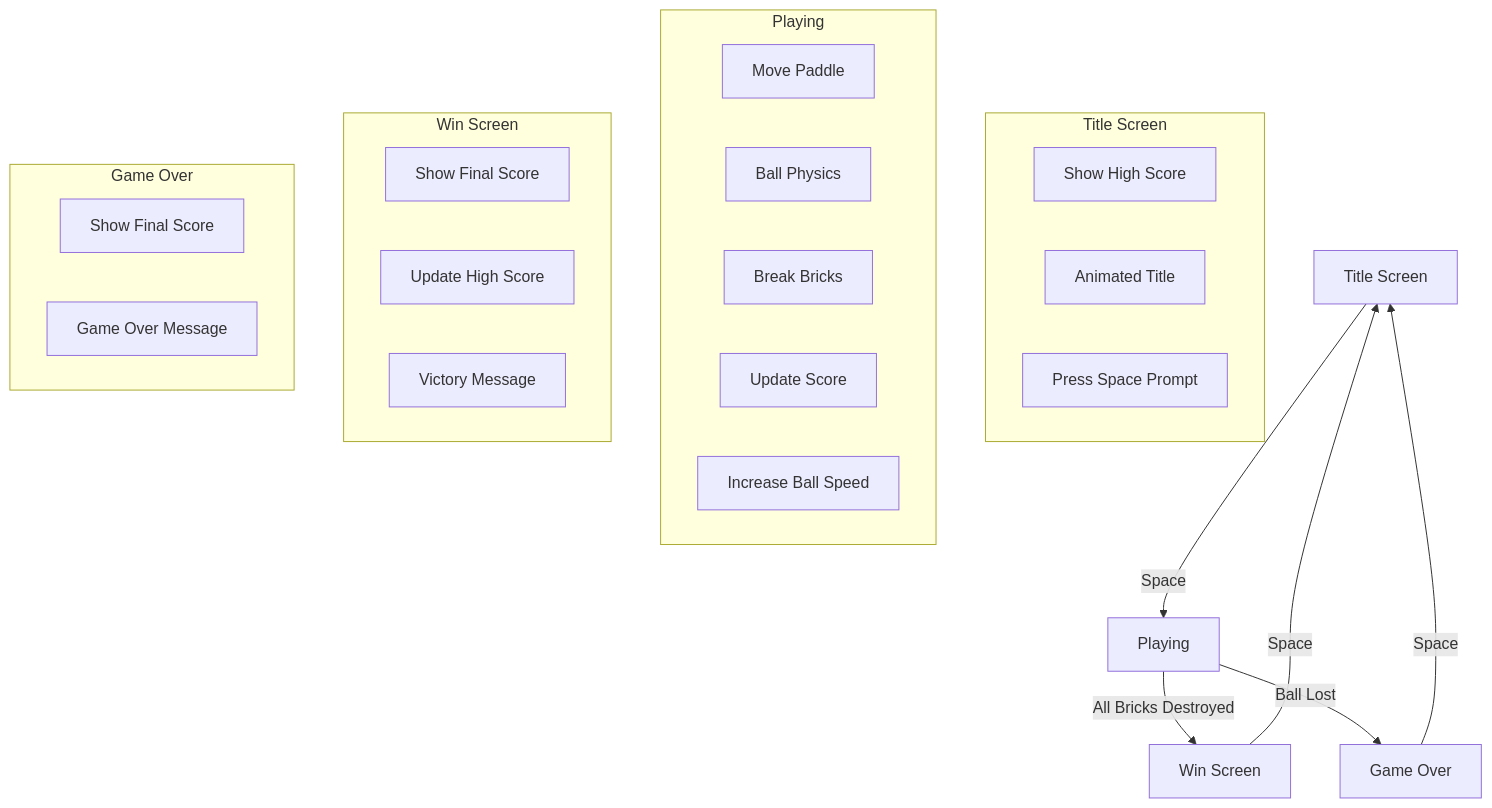
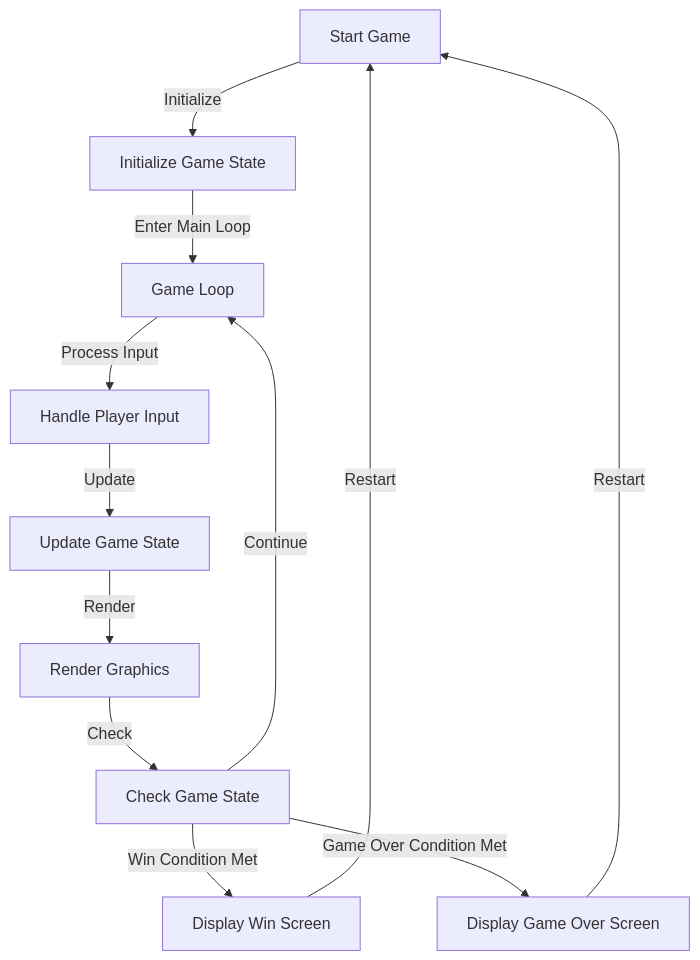
One commit to Prince-Patel84/asm_c_cpp changed the diagram in cpp/README.md. Above: the diagram before and after it, drawn with Mermaid.

Commit message:
Trying diffrent Block Diagram

````diff
--- a/cpp/README.md
+++ b/cpp/README.md
@@ -69,33 +69,14 @@
 ```mermaid
 graph TD
-    A[Title Screen] -->|Space| B[Playing]
-    B -->|All Bricks Destroyed| C[Win Screen]
-    B -->|Ball Lost| D[Game Over]
-    C -->|Space| A
-    D -->|Space| A
-    
-    subgraph Title Screen
-    A1[Show High Score]
-    A2[Animated Title]
-    A3[Press Space Prompt]
-    end
-    
-    subgraph Playing
-    B1[Move Paddle]
-    B2[Ball Physics]
-    B3[Break Bricks]
-    B4[Update Score]
-    B5[Increase Ball Speed]
-    end
-    
-    subgraph Win Screen
-    C1[Show Final Score]
-    C2[Update High Score]
-    C3[Victory Message]
-    end
-    
-    subgraph Game Over
-    D1[Show Final Score]
-    D2[Game Over Message]
-    end
+    Start[Start Game] -->|Initialize| Init[Initialize Game State]
+    Init -->|Enter Main Loop| Loop[Game Loop]
+    Loop -->|Process Input| Input[Handle Player Input]
+    Input -->|Update| Update[Update Game State]
+    Update -->|Render| Render[Render Graphics]
+    Render -->|Check| Check[Check Game State]
+    Check -->|Win Condition Met| Win[Display Win Screen]
+    Check -->|Game Over Condition Met| GameOver[Display Game Over Screen]
+    Check -->|Continue| Loop
+    Win -->|Restart| Start
+    GameOver -->|Restart| Start
 ```
````
